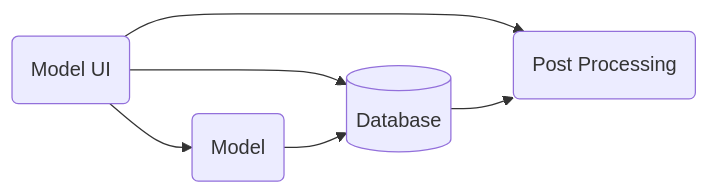
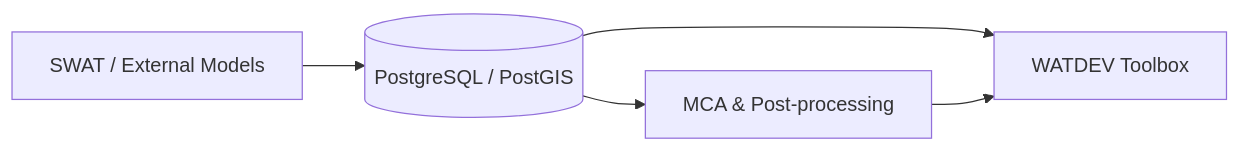
The first of 2 diagrams in README.md (watdev-eu/model-ui), drawn with Mermaid before and after one commit. The commit also changed other lines of this file, not shown here.

````diff
--- a/README.md
+++ b/README.md
@@ -28,8 +62,12 @@
 ```mermaid
 flowchart LR
-    A(Model UI) --> B(Model)
-    A --> DB[(Database)]
-    B --> DB
-    A --> P(Post Processing)
-    DB --> P
+    M[SWAT / External Models]
+    DB[(PostgreSQL / PostGIS)]
+    UI[WATDEV Toolbox]
+    PP[MCA & Post-processing]
+
+    M --> DB
+    DB --> UI
+    DB --> PP
+    PP --> UI
 ```
````
